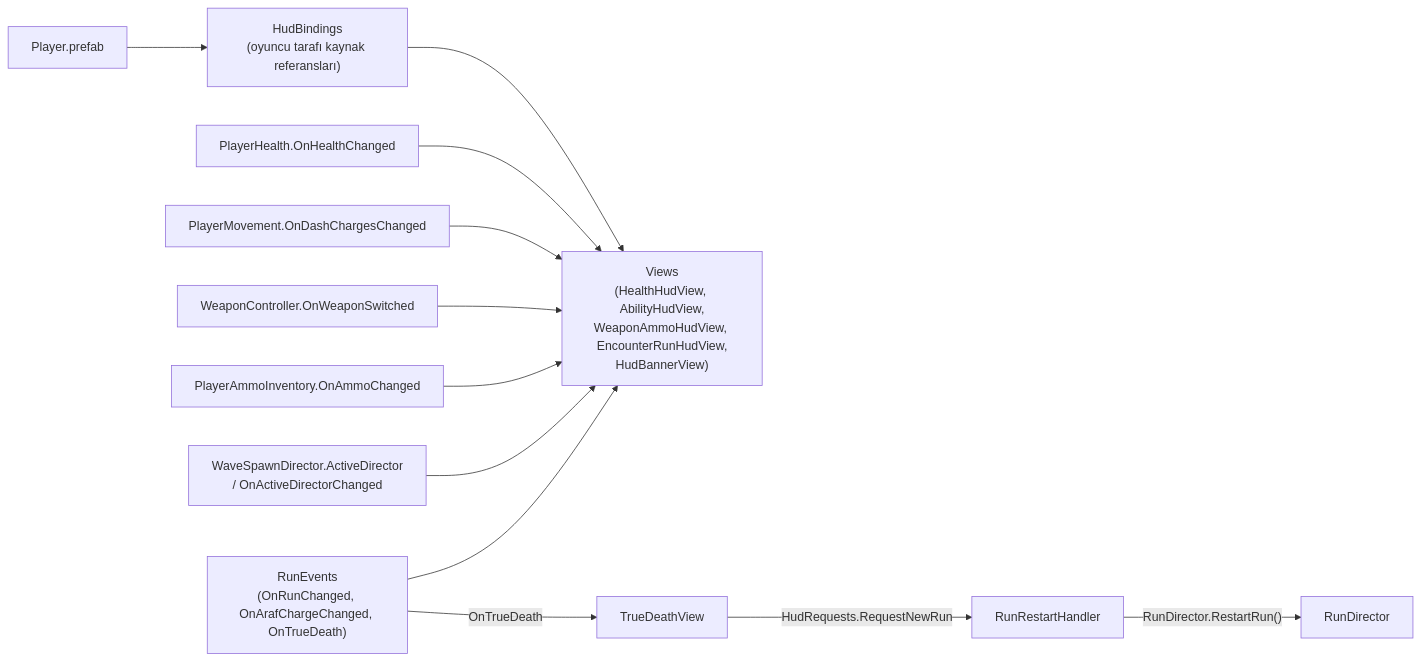
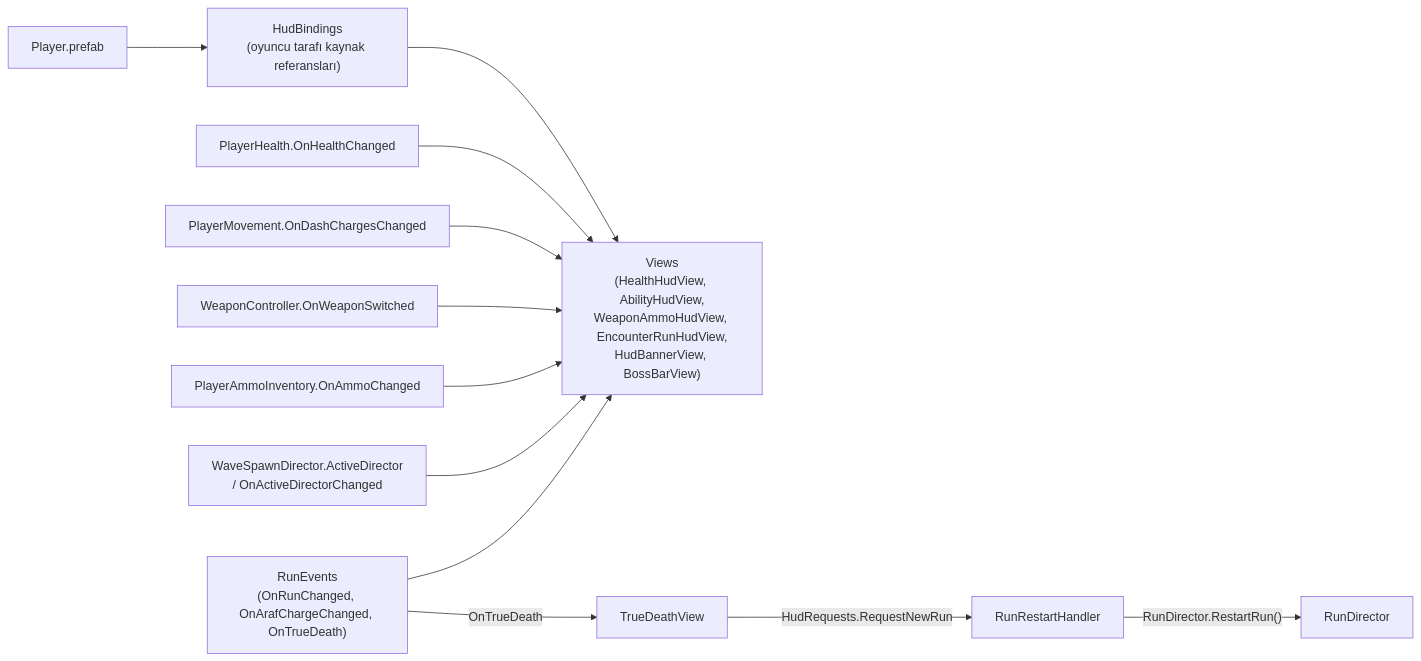
The diagram in documentation/retro-fps/CombatHudArchitecture.md (HazmaK/Graduation-Project), drawn with Mermaid before and after one commit. The commit also changed other lines of this file and 100 other files, not shown here.

First line of the commit message:
feat(boss): add Judge boss prototype with arena, HUD boss bar and Blood Harvest fix

````diff
--- a/documentation/retro-fps/CombatHudArchitecture.md
+++ b/documentation/retro-fps/CombatHudArchitecture.md
@@ -36,14 +36,14 @@
 ```mermaid
 flowchart LR
     PP["Player.prefab"] --> HB["HudBindings<br/>(oyuncu tarafı kaynak referansları)"]
-    HB --> HV["Views<br/>(HealthHudView, AbilityHudView,<br/>WeaponAmmoHudView, EncounterRunHudView,<br/>HudBannerView)"]
+    HB --> HV["Views<br/>(HealthHudView, AbilityHudView,<br/>WeaponAmmoHudView, EncounterRunHudView,<br/>HudBannerView, BossBarView)"]
     PH["PlayerHealth.OnHealthChanged"] --> HV
     PM["PlayerMovement.OnDashChargesChanged"] --> HV
     WC["WeaponController.OnWeaponSwitched"] --> HV
     PAI["PlayerAmmoInventory.OnAmmoChanged"] --> HV
     WSD["WaveSpawnDirector.ActiveDirector<br/>/ OnActiveDirectorChanged"] --> HV
     RE["RunEvents<br/>(OnRunChanged, OnArafChargeChanged, OnTrueDeath)"] --> HV
     RE -->|OnTrueDeath| TDV["TrueDeathView"]
     TDV -->|"HudRequests.RequestNewRun"| RRH["RunRestartHandler"]
     RRH -->|"RunDirector.RestartRun()"| RD["RunDirector"]
 ```
````
